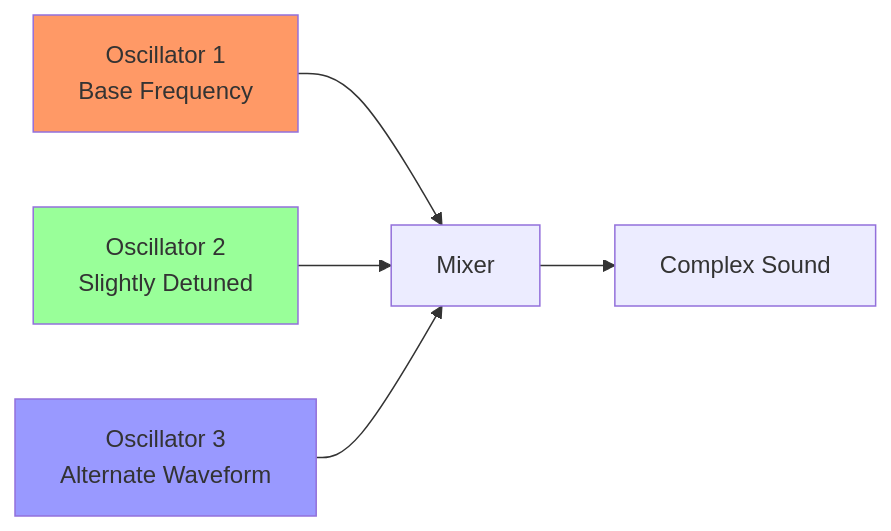
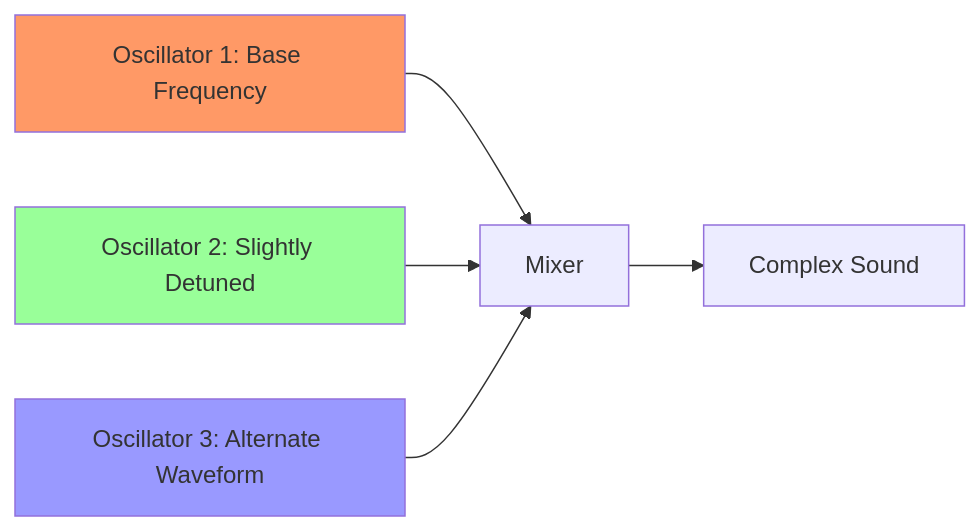
The second of 2 diagrams in docs/2-oscillators-chapter.md (Macavitymadcap/web-synth), drawn with Mermaid before and after one commit. The commit also changed other lines of this file and 2 other files, not shown here.

````diff
--- a/docs/2-oscillators-chapter.md
+++ b/docs/2-oscillators-chapter.md
@@ -66,12 +58,12 @@
 ```mermaid
 flowchart LR
-    OSC1[Oscillator 1\nBase Frequency] --> MIX[Mixer]
-    OSC2[Oscillator 2\nSlightly Detuned] --> MIX
-    OSC3[Oscillator 3\nAlternate Waveform] --> MIX
+    OSC1[Oscillator 1: Base Frequency] --> MIX[Mixer]
+    OSC2[Oscillator 2: Slightly Detuned] --> MIX
+    OSC3[Oscillator 3: Alternate Waveform] --> MIX
     
     MIX --> OUT[Complex Sound]
     
     style OSC1 fill:#f96
     style OSC2 fill:#9f9
     style OSC3 fill:#99f
 ```
````
